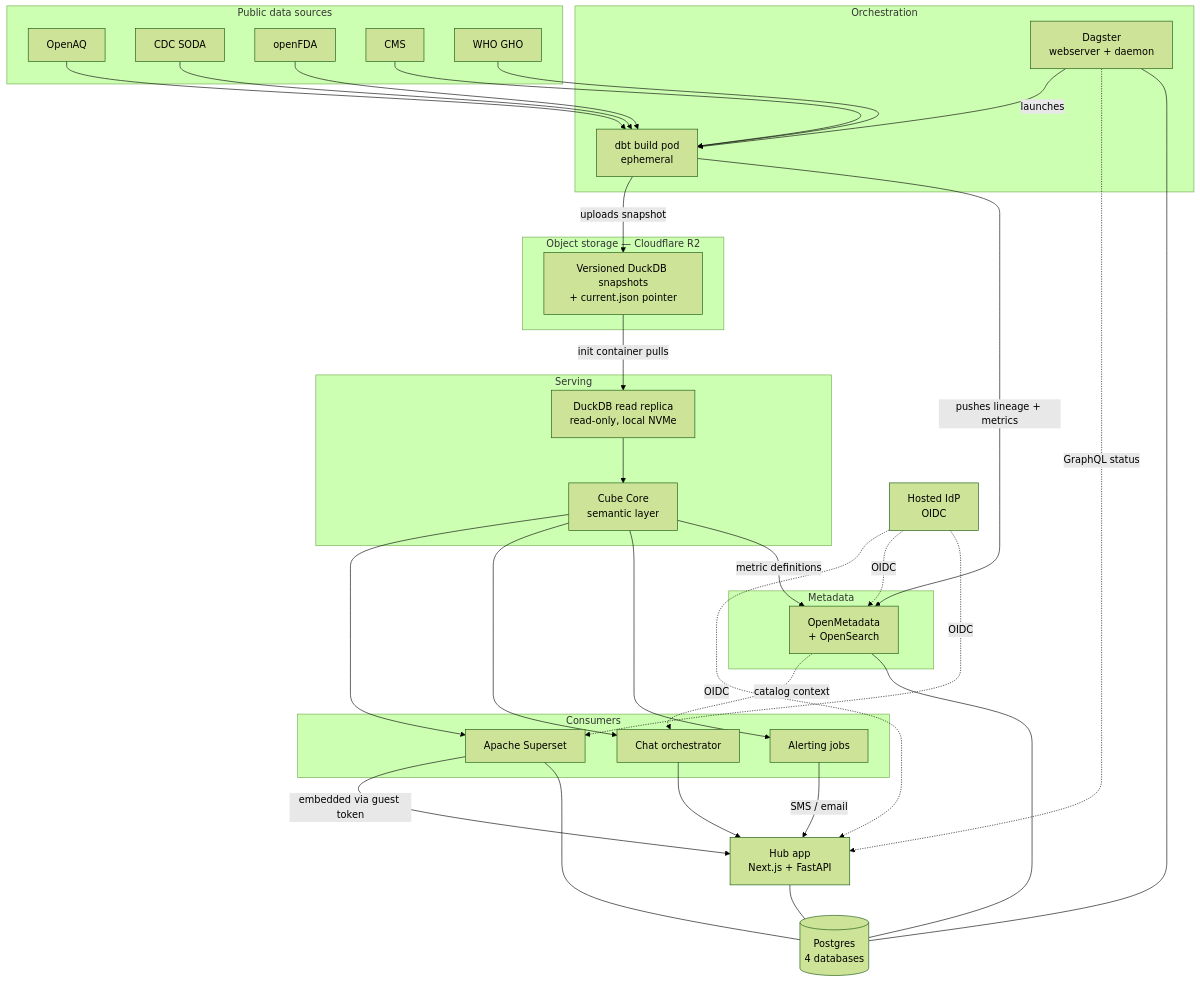
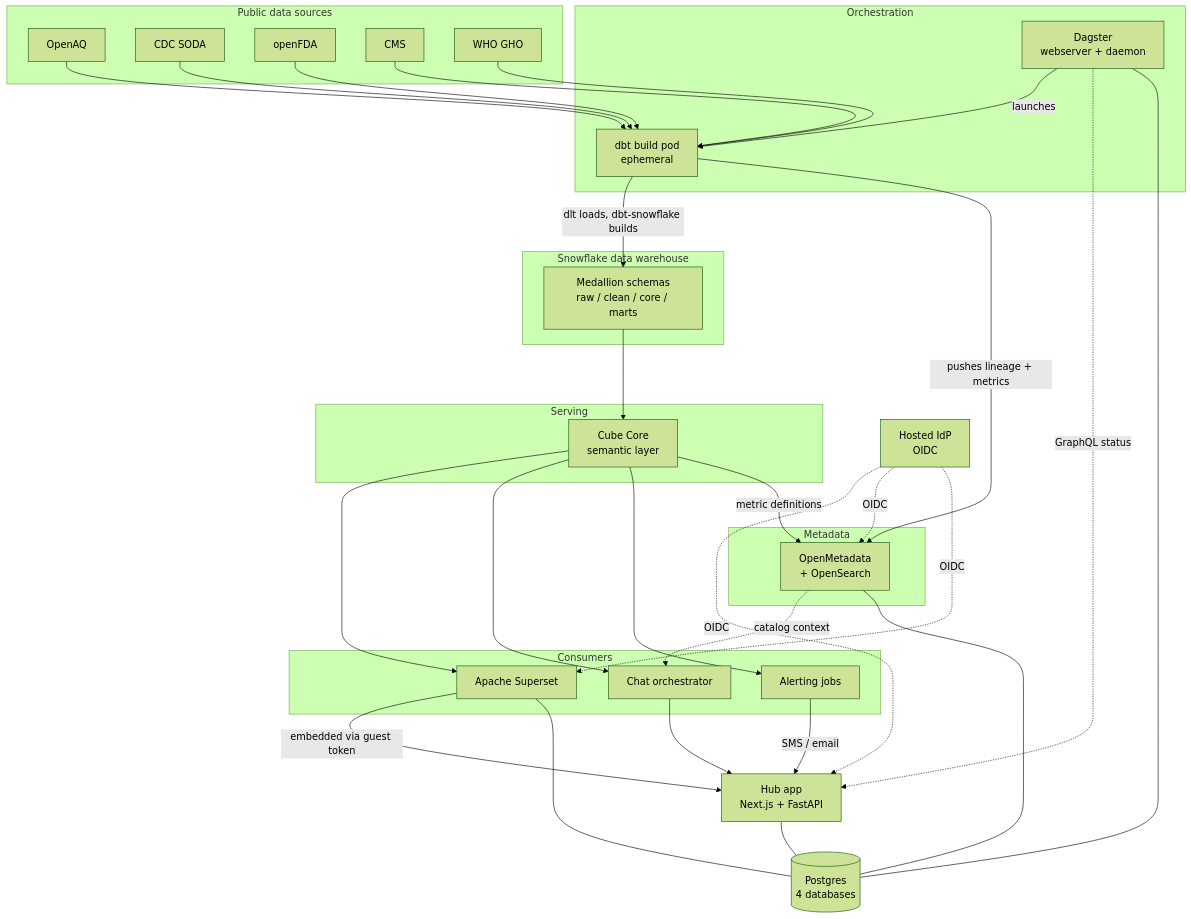
One commit to kgmcquate/open-health-data-platform changed the first of 3 diagrams in docs/ARCHITECTURE.md. Above: the diagram before and after it, drawn with Mermaid (forest theme). The commit also changed other lines of this file and 43 other files, not shown here.

````diff
--- a/docs/ARCHITECTURE.md
+++ b/docs/ARCHITECTURE.md
@@ -35,61 +35,59 @@
 ```mermaid
 flowchart TB
     subgraph external["Public data sources"]
         S1["OpenAQ"]
         S2["CDC SODA"]
         S3["openFDA"]
         S4["CMS"]
         S5["WHO GHO"]
     end
 
     subgraph orchestration["Orchestration"]
         DAG["Dagster<br/>webserver + daemon"]
         BUILD["dbt build pod<br/>ephemeral"]
     end
 
-    subgraph storage["Object storage — Cloudflare R2"]
-        ART["Versioned DuckDB snapshots<br/>+ current.json pointer"]
+    subgraph storage["Snowflake data warehouse"]
+        SNOW["Medallion schemas<br/>raw / clean / core / marts"]
     end
 
     subgraph serving["Serving"]
-        REPL["DuckDB read replica<br/>read-only, local NVMe"]
         CUBE["Cube Core<br/>semantic layer"]
     end
 
     subgraph consumers["Consumers"]
         SUP["Apache Superset"]
         BOT["Chat orchestrator"]
         ALERT["Alerting jobs"]
     end
 
     subgraph meta["Metadata"]
         OM["OpenMetadata<br/>+ OpenSearch"]
     end
 
     APP["Hub app<br/>Next.js + FastAPI"]
     IDP["Hosted IdP<br/>OIDC"]
     PG[("Postgres<br/>4 databases")]
 
     S1 & S2 & S3 & S4 & S5 --> BUILD
     DAG -->|launches| BUILD
-    BUILD -->|uploads snapshot| ART
-    ART -->|init container pulls| REPL
-    REPL --> CUBE
+    BUILD -->|dlt loads, dbt-snowflake builds| SNOW
+    SNOW --> CUBE
     CUBE --> SUP
     CUBE --> BOT
     CUBE --> ALERT
     ALERT -->|SMS / email| APP
     BOT --> APP
     SUP -->|embedded via guest token| APP
     DAG -.->|GraphQL status| APP
     OM -.->|catalog context| BOT
     BUILD -->|pushes lineage + metrics| OM
     CUBE -->|metric definitions| OM
     IDP -.->|OIDC| APP
     IDP -.->|OIDC| OM
     IDP -.->|OIDC| SUP
     DAG --- PG
     SUP --- PG
     OM --- PG
     APP --- PG
 ```
````
